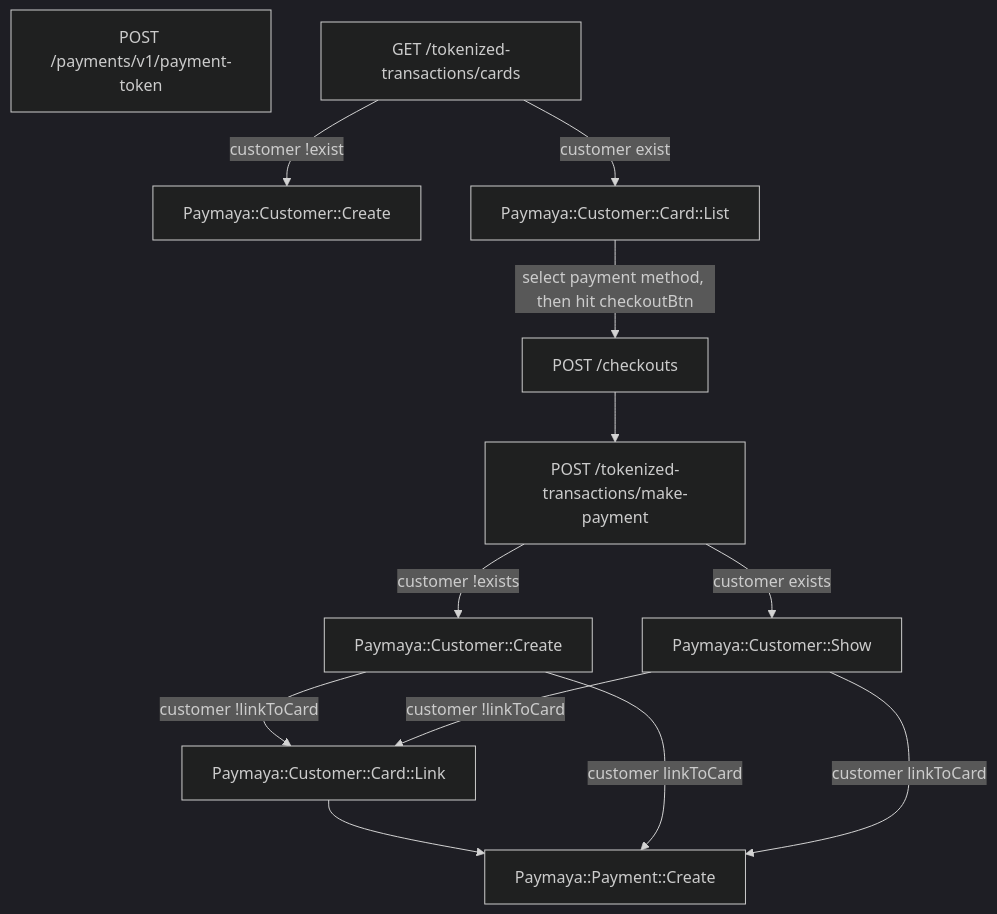
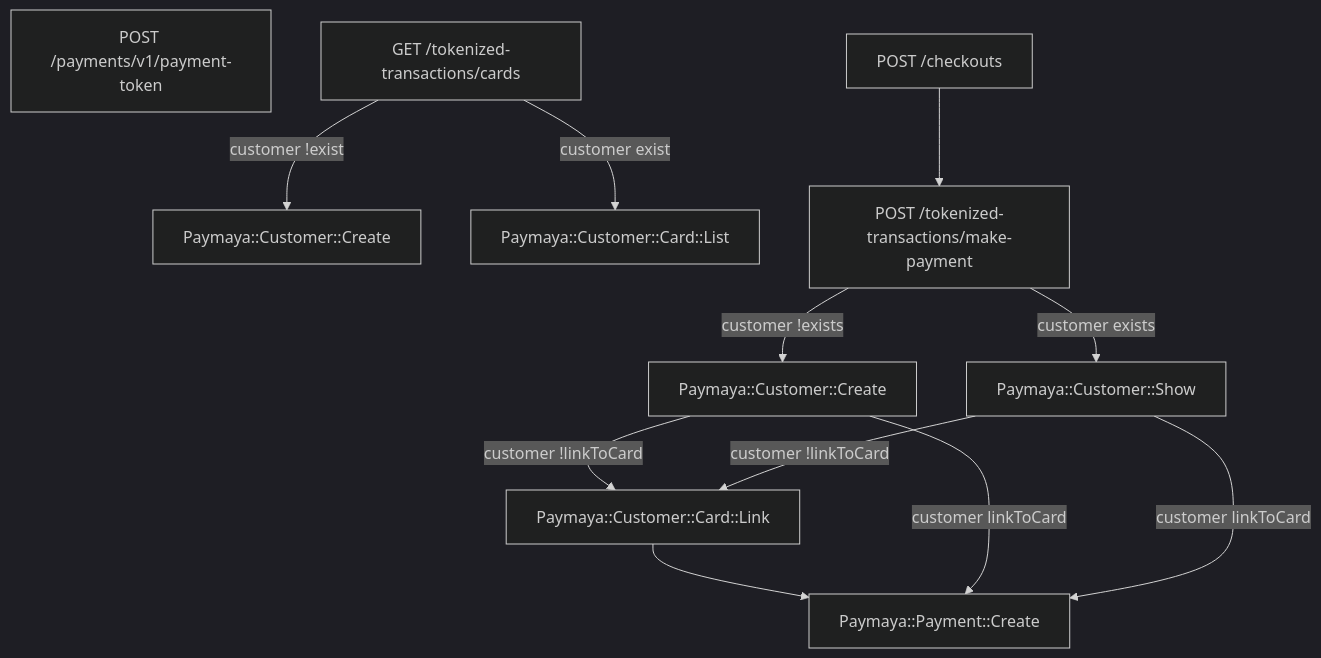
Before and after one commit to israelcoper/mermaid-diagram: the diagram in maya-payment-card-flow.md, drawn with Mermaid (dark theme).

````diff
--- a/maya-payment-card-flow.md
+++ b/maya-payment-card-flow.md
@@ -2,18 +2,18 @@
 ```mermaid
 ---
 title:
 ---
 flowchart TB;
     A[POST /payments/v1/payment-token];
     B[GET /tokenized-transactions/cards]-- customer !exist -->C[Paymaya::Customer::Create];
     B-- customer exist -->D[Paymaya::Customer::Card::List];
-    D-- select payment method, then hit checkoutBtn -->E[POST /checkouts];
+    E[POST /checkouts];
     E-->F[POST /tokenized-transactions/make-payment];
     F-- customer !exists -->G[Paymaya::Customer::Create];
     G-- customer !linkToCard -->I[Paymaya::Customer::Card::Link];
     I-->J;
     G-- customer linkToCard -->J[Paymaya::Payment::Create];
     F-- customer exists -->H[Paymaya::Customer::Show];
     H-- customer !linkToCard -->I;
     H-- customer linkToCard -->J;
 ```
````
